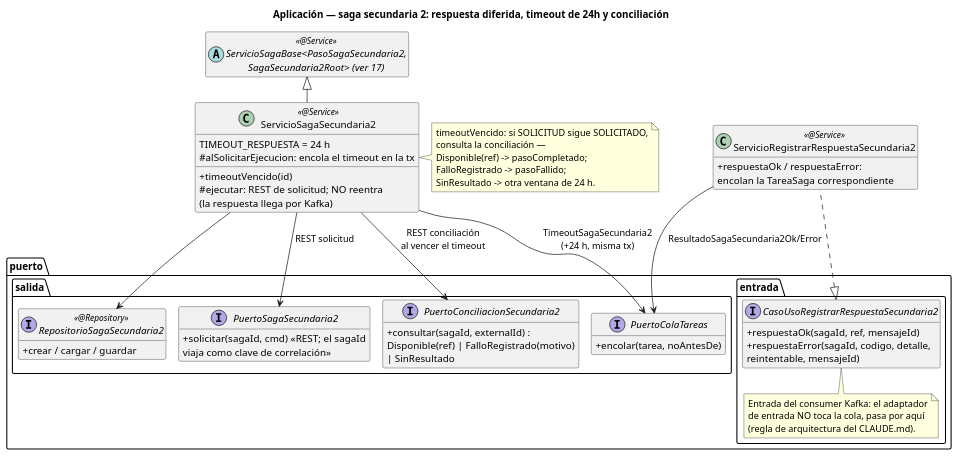
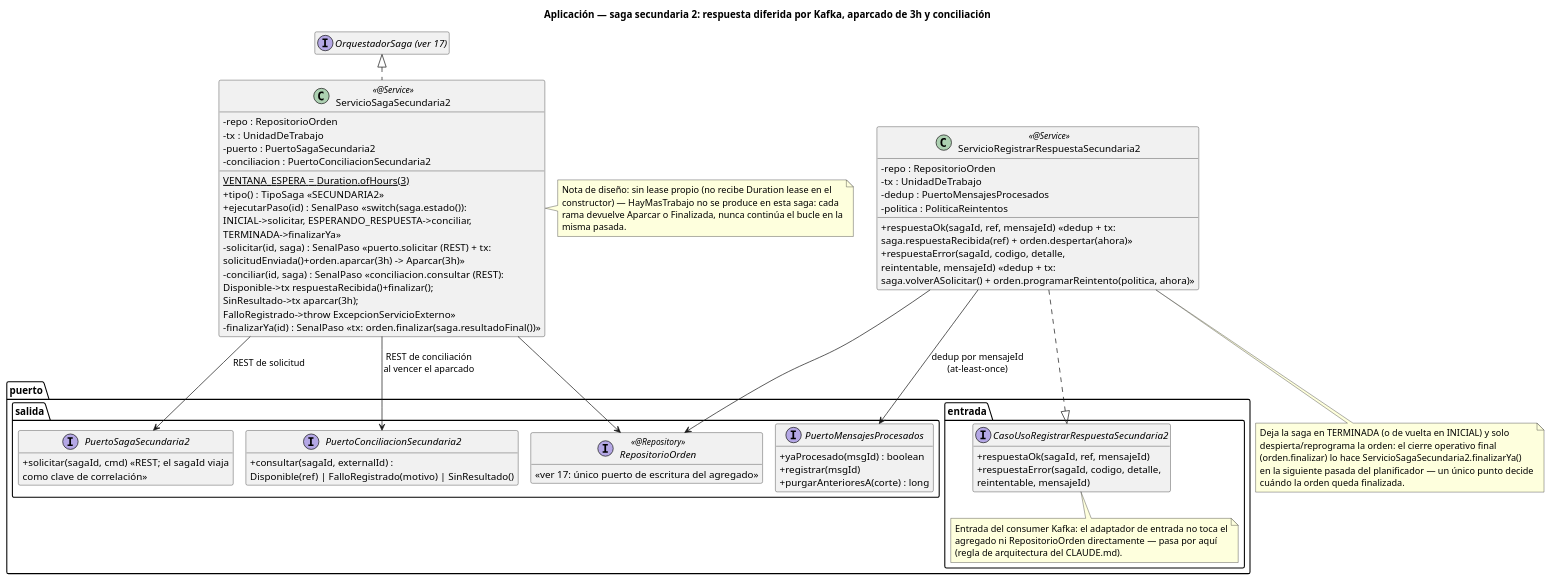
One commit to ralcazar/patrones changed the diagram in order-manager/docs/20-clases-aplicacion-saga-secundaria2.puml. Above: the diagram before and after it, drawn with PlantUML. The commit also changed 45 other files, not shown here.

First line of the commit message:
Fase 5: diagramas de order-manager sincronizados con el agregado unico

```diff
--- a/order-manager/docs/20-clases-aplicacion-saga-secundaria2.puml
+++ b/order-manager/docs/20-clases-aplicacion-saga-secundaria2.puml
@@ -1,61 +1,80 @@
 @startuml 20-clases-aplicacion-saga-secundaria2
-title Aplicación — saga secundaria 2: respuesta diferida, timeout de 24h y conciliación
+title Aplicación — saga secundaria 2: respuesta diferida por Kafka, aparcado de 3h y conciliación
 !pragma layout smetana
 hide empty members
 skinparam classAttributeIconSize 0
 
 package "puerto.entrada" {
   interface CasoUsoRegistrarRespuestaSecundaria2 {
     +respuestaOk(sagaId, ref, mensajeId)
     +respuestaError(sagaId, codigo, detalle,\nreintentable, mensajeId)
   }
   note bottom of CasoUsoRegistrarRespuestaSecundaria2
-    Entrada del consumer Kafka: el adaptador
-    de entrada NO toca la cola, pasa por aquí
+    Entrada del consumer Kafka: el adaptador de entrada no toca el
+    agregado ni RepositorioOrden directamente — pasa por aquí
     (regla de arquitectura del CLAUDE.md).
   end note
 }
 
-abstract class "ServicioSagaBase<PasoSagaSecundaria2,\nSagaSecundaria2Root> (ver 17)" as Base <<@Service>>
+interface "OrquestadorSaga (ver 17)" as Base
 
 class ServicioSagaSecundaria2 <<@Service>> {
-  TIMEOUT_RESPUESTA = 24 h
-  +timeoutVencido(id)
-  #alSolicitarEjecucion: encola el timeout en la tx
-  #ejecutar: REST de solicitud; NO reentra\n(la respuesta llega por Kafka)
+  {static} VENTANA_ESPERA = Duration.ofHours(3)
+  -repo : RepositorioOrden
+  -tx : UnidadDeTrabajo
+  -puerto : PuertoSagaSecundaria2
+  -conciliacion : PuertoConciliacionSecundaria2
+  +tipo() : TipoSaga  «SECUNDARIA2»
+  +ejecutarPaso(id) : SenalPaso  «switch(saga.estado()):\nINICIAL->solicitar, ESPERANDO_RESPUESTA->conciliar,\nTERMINADA->finalizarYa»
+  -solicitar(id, saga) : SenalPaso  «puerto.solicitar (REST) + tx:\nsolicitudEnviada()+orden.aparcar(3h) -> Aparcar(3h)»
+  -conciliar(id, saga) : SenalPaso  «conciliacion.consultar (REST):\nDisponible->tx respuestaRecibida()+finalizar();\nSinResultado->tx aparcar(3h);\nFalloRegistrado->throw ExcepcionServicioExterno»
+  -finalizarYa(id) : SenalPaso  «tx: orden.finalizar(saga.resultadoFinal())»
 }
 note right of ServicioSagaSecundaria2
-  timeoutVencido: si SOLICITUD sigue SOLICITADO,
-  consulta la conciliación —
-  Disponible(ref) -> pasoCompletado;
-  FalloRegistrado -> pasoFallido;
-  SinResultado -> otra ventana de 24 h.
+  Nota de diseño: sin lease propio (no recibe Duration lease en el
+  constructor) — HayMasTrabajo no se produce en esta saga: cada
+  rama devuelve Aparcar o Finalizada, nunca continúa el bucle en la
+  misma pasada.
 end note
 
 class ServicioRegistrarRespuestaSecundaria2 <<@Service>> {
-  +respuestaOk / respuestaError:\nencolan la TareaSaga correspondiente
+  -repo : RepositorioOrden
+  -tx : UnidadDeTrabajo
+  -dedup : PuertoMensajesProcesados
+  -politica : PoliticaReintentos
+  +respuestaOk(sagaId, ref, mensajeId)  «dedup + tx:\nsaga.respuestaRecibida(ref) + orden.despertar(ahora)»
+  +respuestaError(sagaId, codigo, detalle,\nreintentable, mensajeId)  «dedup + tx:\nsaga.volverASolicitar() + orden.programarReintento(politica, ahora)»
 }
+note bottom of ServicioRegistrarRespuestaSecundaria2
+  Deja la saga en TERMINADA (o de vuelta en INICIAL) y solo
+  despierta/reprograma la orden: el cierre operativo final
+  (orden.finalizar) lo hace ServicioSagaSecundaria2.finalizarYa()
+  en la siguiente pasada del planificador — un único punto decide
+  cuándo la orden queda finalizada.
+end note
 
 package "puerto.salida" {
-  interface RepositorioSagaSecundaria2 <<@Repository>> {
-    +crear / cargar / guardar
+  interface RepositorioOrden <<@Repository>> {
+    «ver 17: único puerto de escritura del agregado»
   }
   interface PuertoSagaSecundaria2 {
-    +solicitar(sagaId, cmd)  «REST; el sagaId\nviaja como clave de correlación»
+    +solicitar(sagaId, cmd)  «REST; el sagaId viaja\ncomo clave de correlación»
   }
   interface PuertoConciliacionSecundaria2 {
-    +consultar(sagaId, externalId) :\nDisponible(ref) | FalloRegistrado(motivo)\n| SinResultado
+    +consultar(sagaId, externalId) :\nDisponible(ref) | FalloRegistrado(motivo) | SinResultado()
   }
-  interface PuertoColaTareas {
-    +encolar(tarea, noAntesDe)
+  interface PuertoMensajesProcesados {
+    +yaProcesado(msgId) : boolean
+    +registrar(msgId)
+    +purgarAnterioresA(corte) : long
   }
 }
 
 CasoUsoRegistrarRespuestaSecundaria2 <|.. ServicioRegistrarRespuestaSecundaria2
-Base <|-down- ServicioSagaSecundaria2
-ServicioSagaSecundaria2 --> RepositorioSagaSecundaria2
-ServicioSagaSecundaria2 --> PuertoSagaSecundaria2 : REST solicitud
-ServicioSagaSecundaria2 --> PuertoConciliacionSecundaria2 : REST conciliación\nal vencer el timeout
-ServicioSagaSecundaria2 --> PuertoColaTareas : TimeoutSagaSecundaria2\n(+24 h, misma tx)
-ServicioRegistrarRespuestaSecundaria2 --> PuertoColaTareas : ResultadoSagaSecundaria2Ok/Error
+Base <|.. ServicioSagaSecundaria2
+ServicioSagaSecundaria2 --> RepositorioOrden
+ServicioSagaSecundaria2 --> PuertoSagaSecundaria2 : REST de solicitud
+ServicioSagaSecundaria2 --> PuertoConciliacionSecundaria2 : REST de conciliación\nal vencer el aparcado
+ServicioRegistrarRespuestaSecundaria2 --> RepositorioOrden
+ServicioRegistrarRespuestaSecundaria2 --> PuertoMensajesProcesados : dedup por mensajeId\n(at-least-once)
 @enduml
```
